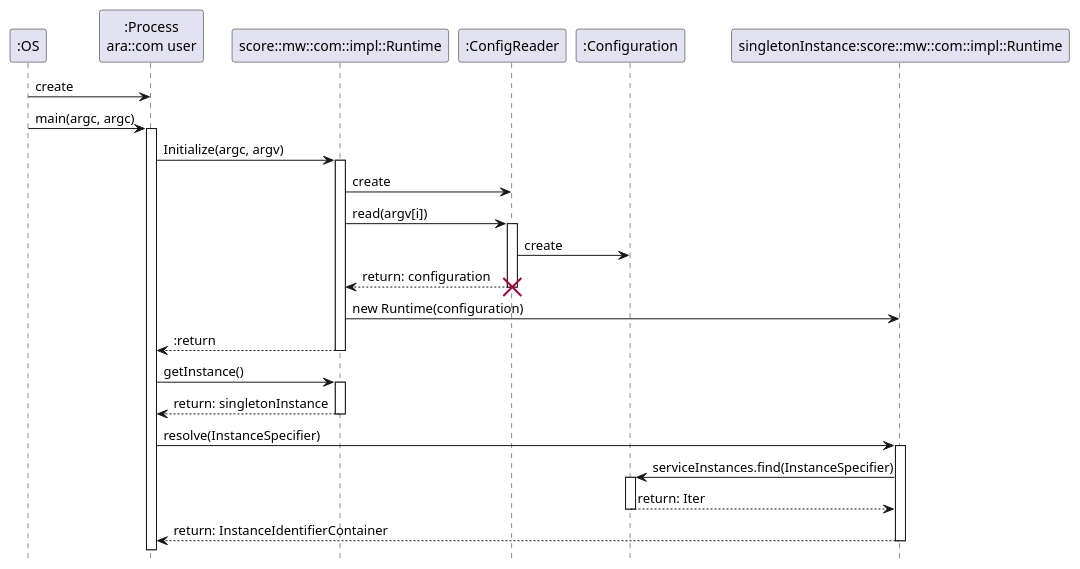
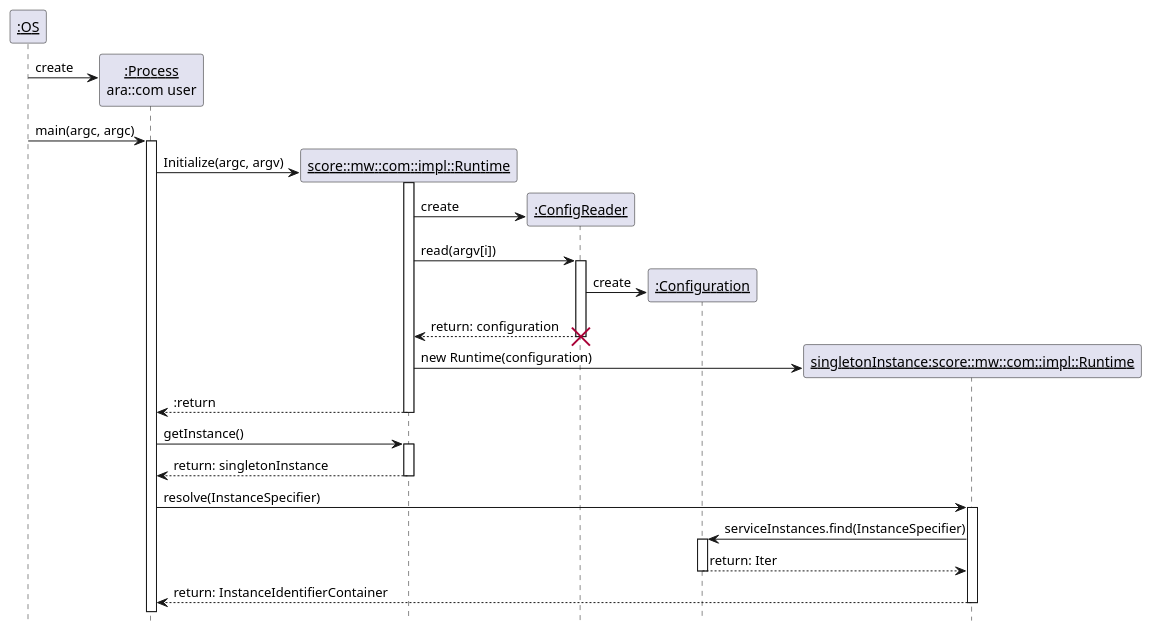
Before and after one commit to eclipse-score/communication: the diagram in score/mw/com/design/configuration/sequence_view.puml, drawn with PlantUML. The commit also changed 1 other file, not shown here.

```diff
--- a/score/mw/com/design/configuration/sequence_view.puml
+++ b/score/mw/com/design/configuration/sequence_view.puml
@@ -1,51 +1,56 @@
 @startuml
 '!include ../puml-theme-score.puml
 
 hide footbox
 
-participant ":OS" as OS
-participant ":Process\nara::com user" as Process
-participant "score::mw::com::impl::Runtime" as Runtime
-participant ":ConfigReader" as ConfigReader
-participant ":Configuration" as Configuration
-participant "singletonInstance:score::mw::com::impl::Runtime" as SingletonRuntime
+participant "<u>:OS</u>" as OS
+participant "<u>:Process</u>\nara::com user" as Process
+participant "<u>score::mw::com::impl::Runtime</u>" as Runtime
+participant "<u>:ConfigReader</u>" as ConfigReader
+participant "<u>:Configuration</u>" as Configuration
+participant "<u>singletonInstance:score::mw::com::impl::Runtime</u>" as SingletonRuntime
 
+create Process
 OS -> Process : create
 OS -> Process : main(argc, argc)
 activate Process
 
+create Runtime
 Process -> Runtime : Initialize(argc, argv)
 activate Runtime
 
+create ConfigReader
 Runtime -> ConfigReader : create
 Runtime -> ConfigReader : read(argv[i])
 activate ConfigReader
 
+create Configuration
 ConfigReader -> Configuration: create
 ConfigReader --> Runtime : return: configuration
 destroy ConfigReader
 
+create SingletonRuntime
 Runtime -> SingletonRuntime : new Runtime(configuration)
 
 Runtime --> Process : :return
 deactivate Runtime
 
 Process -> Runtime : getInstance()
 activate Runtime
 
 Runtime --> Process : return: singletonInstance
 deactivate Runtime
 
 Process -> SingletonRuntime : resolve(InstanceSpecifier)
 activate SingletonRuntime
 
 SingletonRuntime -> Configuration : serviceInstances.find(InstanceSpecifier)
 activate Configuration
 
 Configuration --> SingletonRuntime : return: Iter
 deactivate Configuration
 
 SingletonRuntime --> Process : return: InstanceIdentifierContainer
 deactivate SingletonRuntime
 
 @enduml
```
